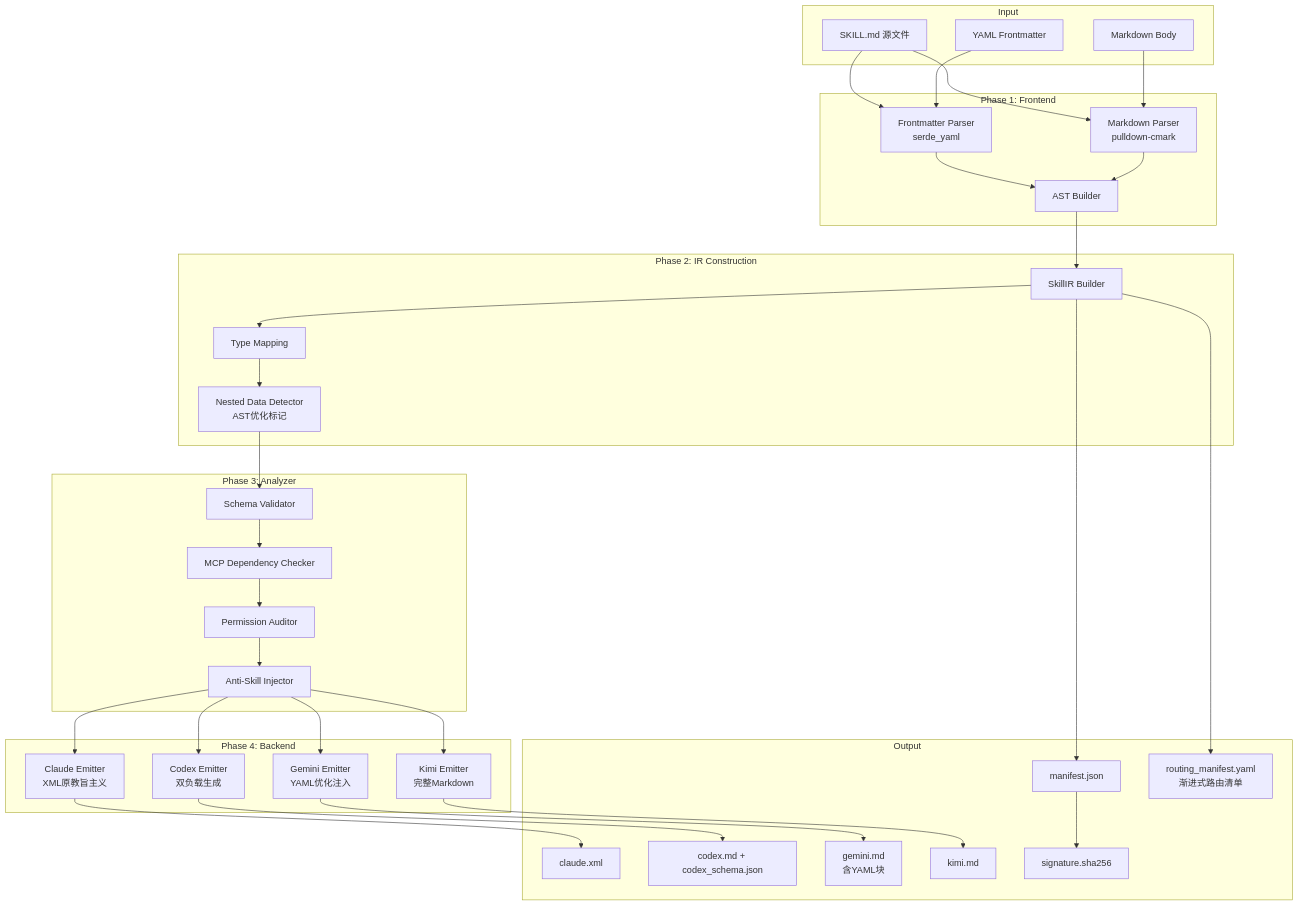
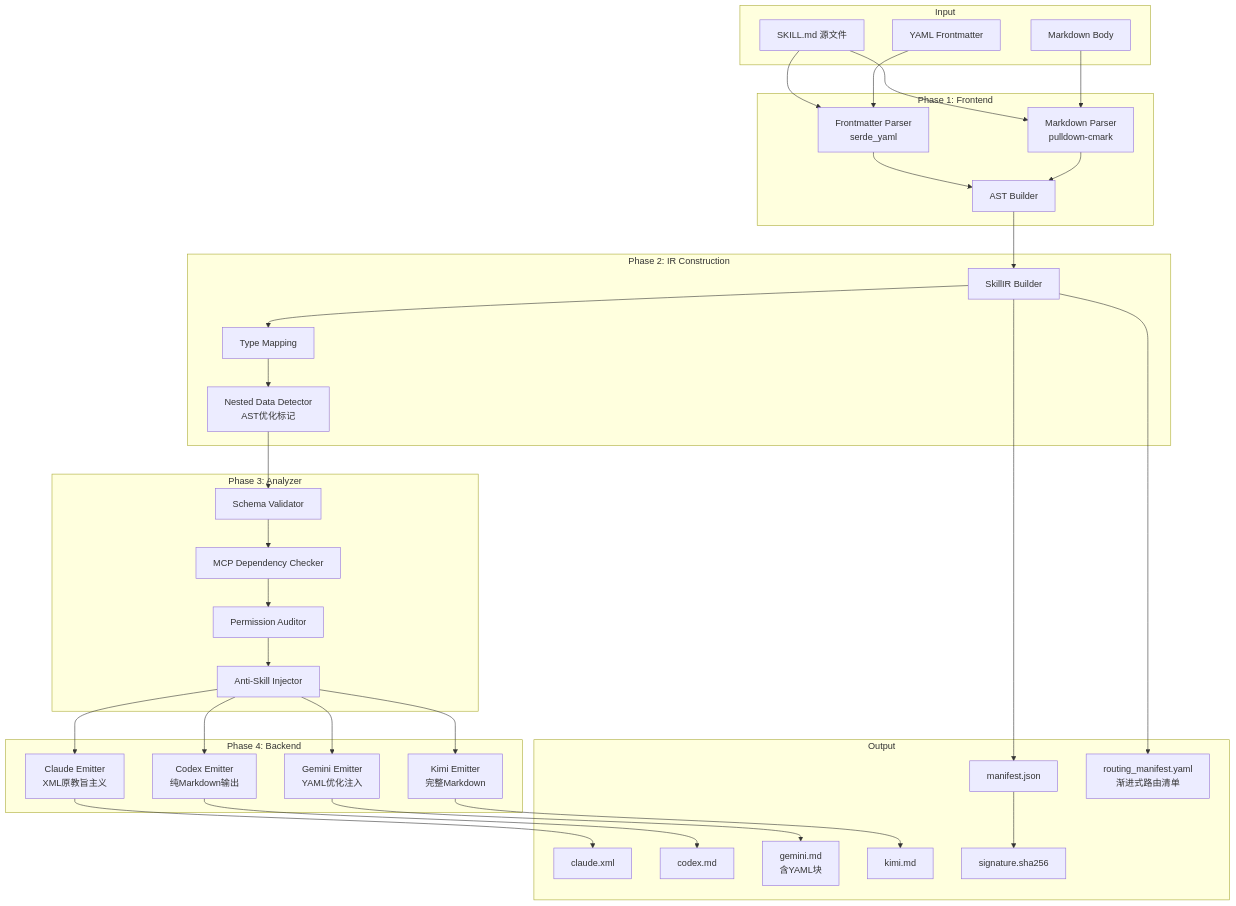
The first of 5 diagrams in docs/ARCHITECTURE.md (Nexa-Language/Skill-Compiler), drawn with Mermaid before and after one commit. The commit also changed other lines of this file and 36 other files, not shown here.

````diff
--- a/docs/ARCHITECTURE.md
+++ b/docs/ARCHITECTURE.md
@@ -50,69 +53,69 @@
 ```mermaid
 graph TB
     subgraph Input
         A[SKILL.md 源文件]
         B[YAML Frontmatter]
         C[Markdown Body]
     end
     
     subgraph "Phase 1: Frontend"
         D[Frontmatter Parser<br/>serde_yaml]
         E[Markdown Parser<br/>pulldown-cmark]
         F[AST Builder]
     end
     
     subgraph "Phase 2: IR Construction"
         G[SkillIR Builder]
         H[Type Mapping]
         N[Nested Data Detector<br/>AST优化标记]
     end
     
     subgraph "Phase 3: Analyzer"
         I[Schema Validator]
         J[MCP Dependency Checker]
         K[Permission Auditor]
         L[Anti-Skill Injector]
     end
     
     subgraph "Phase 4: Backend"
         M[Claude Emitter<br/>XML原教旨主义]
-        O[Codex Emitter<br/>双负载生成]
+        O[Codex Emitter<br/>纯Markdown输出]
         P[Gemini Emitter<br/>YAML优化注入]
         Q[Kimi Emitter<br/>完整Markdown]
     end
     
     subgraph Output
         R[manifest.json]
         S[routing_manifest.yaml<br/>渐进式路由清单]
         T[claude.xml]
-        U[codex.md + codex_schema.json]
+        U[codex.md]
         V[gemini.md<br/>含YAML块]
         W[kimi.md]
         X[signature.sha256]
     end
     
     A --> D
     A --> E
     B --> D
     C --> E
     D --> F
     E --> F
     F --> G
     G --> H
     H --> N
     N --> I
     I --> J
     J --> K
     K --> L
     L --> M
     L --> O
     L --> P
     L --> Q
     M --> T
     O --> U
     P --> V
     Q --> W
     G --> R
     G --> S
     R --> X
 ```
````
